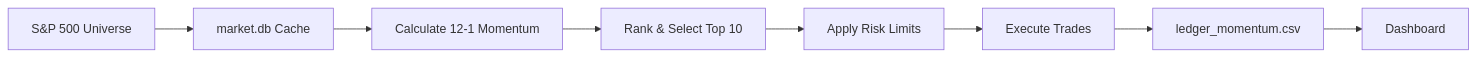
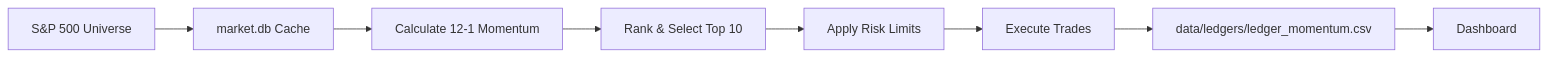
One commit to PAT0216/paper-trader changed the diagram in docs/MOMENTUM_STRATEGY.md. Above: the diagram before and after it, drawn with Mermaid. The commit also changed other lines of this file and 3 other files, not shown here.

````diff
--- a/docs/MOMENTUM_STRATEGY.md
+++ b/docs/MOMENTUM_STRATEGY.md
@@ -148,10 +148,10 @@
 ```mermaid
 flowchart LR
     A[S&P 500 Universe] --> B[market.db Cache]
     B --> C[Calculate 12-1 Momentum]
     C --> D[Rank & Select Top 10]
     D --> E[Apply Risk Limits]
     E --> F[Execute Trades]
-    F --> G[ledger_momentum.csv]
+    F --> G[data/ledgers/ledger_momentum.csv]
     G --> H[Dashboard]
 ```
````
